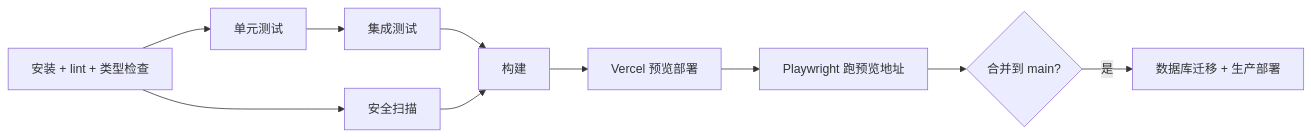
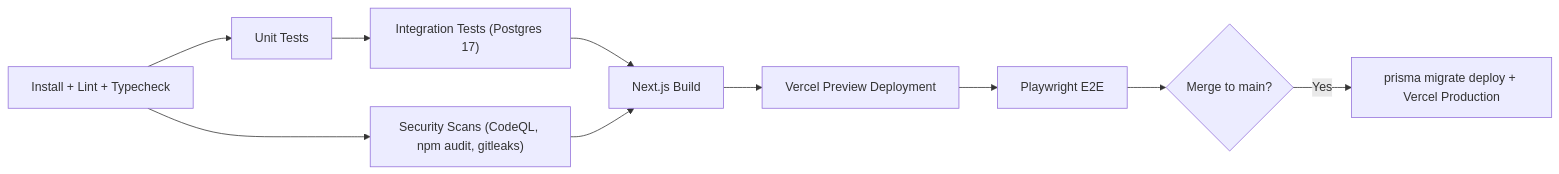
One commit to jmpei/slashsplit changed the second of 2 diagrams in docs/PLAN.md. Above: the diagram before and after it, drawn with Mermaid. The commit also changed other lines of this file and 10 other files, not shown here.

````diff
--- a/docs/PLAN.md
+++ b/docs/PLAN.md
@@ -251,12 +239,12 @@
 ```mermaid
 flowchart LR
-  A[安装 + lint + 类型检查] --> B[单元测试]
-  B --> C[集成测试]
-  A --> S[安全扫描]
-  C --> D[构建]
+  A["Install + Lint + Typecheck"] --> B["Unit Tests"]
+  B --> C["Integration Tests (Postgres 17)"]
+  A --> S["Security Scans (CodeQL, npm audit, gitleaks)"]
+  C --> D["Next.js Build"]
   S --> D
-  D --> E[Vercel 预览部署]
-  E --> F[Playwright 跑预览地址]
-  F --> G{合并到 main?}
-  G -->|是| H[数据库迁移 + 生产部署]
+  D --> E["Vercel Preview Deployment"]
+  E --> F["Playwright E2E"]
+  F --> G{"Merge to main?"}
+  G -->|Yes| H["prisma migrate deploy + Vercel Production"]
 ```
````
